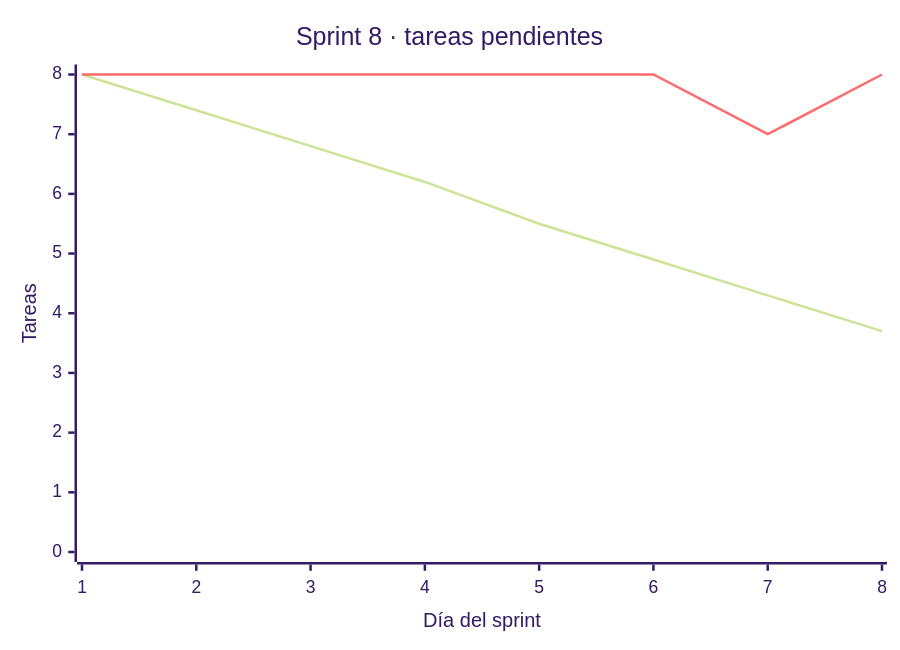
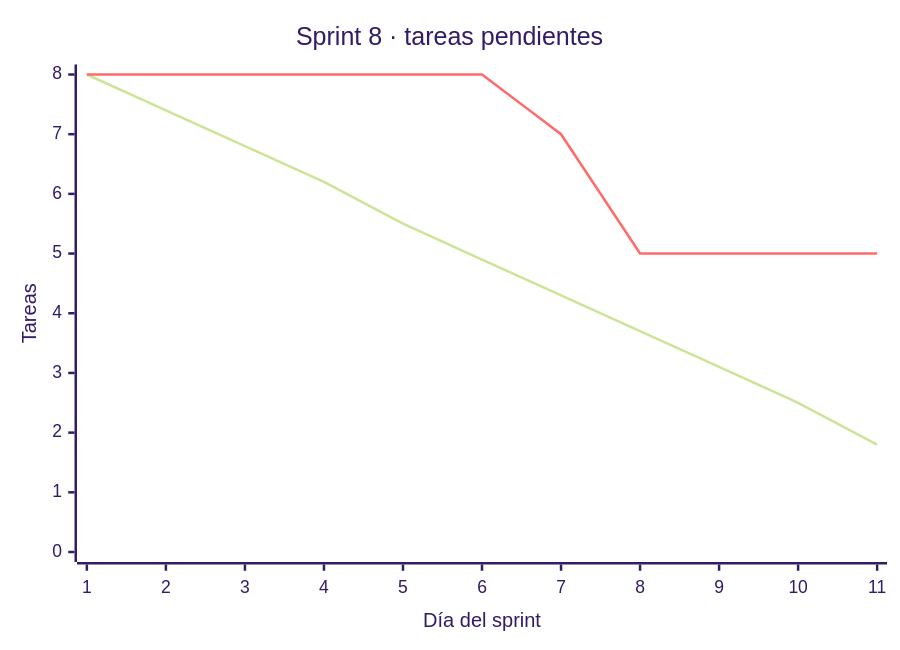
Before and after one commit to avenaaaa/KANCHA: the diagram in fase-2-desarrollo/docs/scrum/sprint-08.md, drawn with Mermaid (forest theme). The commit also changed other lines of this file and 2 other files, not shown here.

First line of the commit message:
docs: despliegue en Render + Supabase corregido y Sprint 8 al 20 de noviembre (KAN-34, KAN-36, KAN-23)

````diff
--- a/fase-2-desarrollo/docs/scrum/sprint-08.md
+++ b/fase-2-desarrollo/docs/scrum/sprint-08.md
@@ -76,8 +78,8 @@
 ```mermaid
 xychart-beta
     title "Sprint 8 · tareas pendientes"
-    x-axis "Día del sprint" [1, 2, 3, 4, 5, 6, 7, 8]
+    x-axis "Día del sprint" [1, 2, 3, 4, 5, 6, 7, 8, 9, 10, 11]
     y-axis "Tareas" 0 --> 8
-    line [8, 7.4, 6.8, 6.2, 5.5, 4.9, 4.3, 3.7]
-    line [8, 8, 8, 8, 8, 8, 7, 8]
+    line [8, 7.4, 6.8, 6.2, 5.5, 4.9, 4.3, 3.7, 3.1, 2.5, 1.8]
+    line [8, 8, 8, 8, 8, 8, 7, 5, 5, 5, 5]
 ```
````
